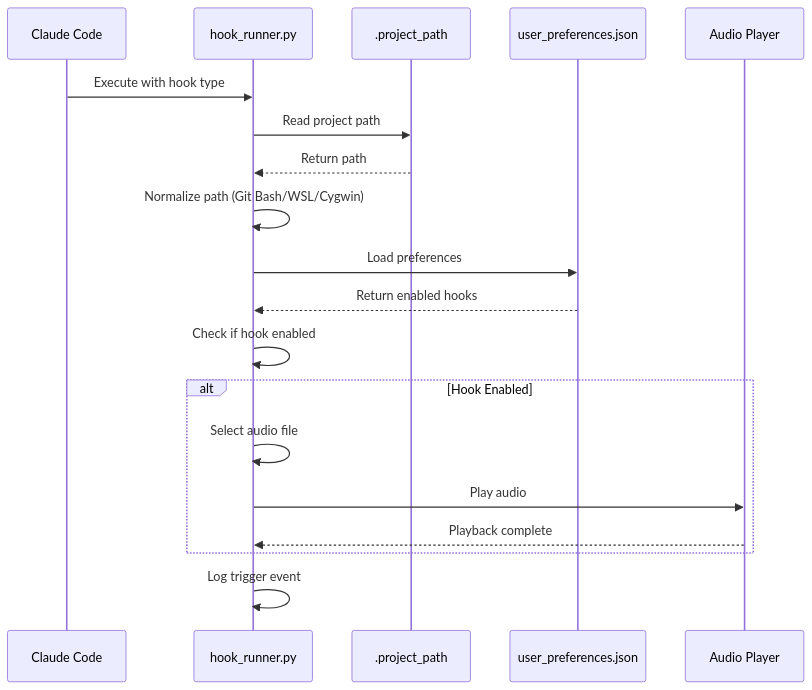
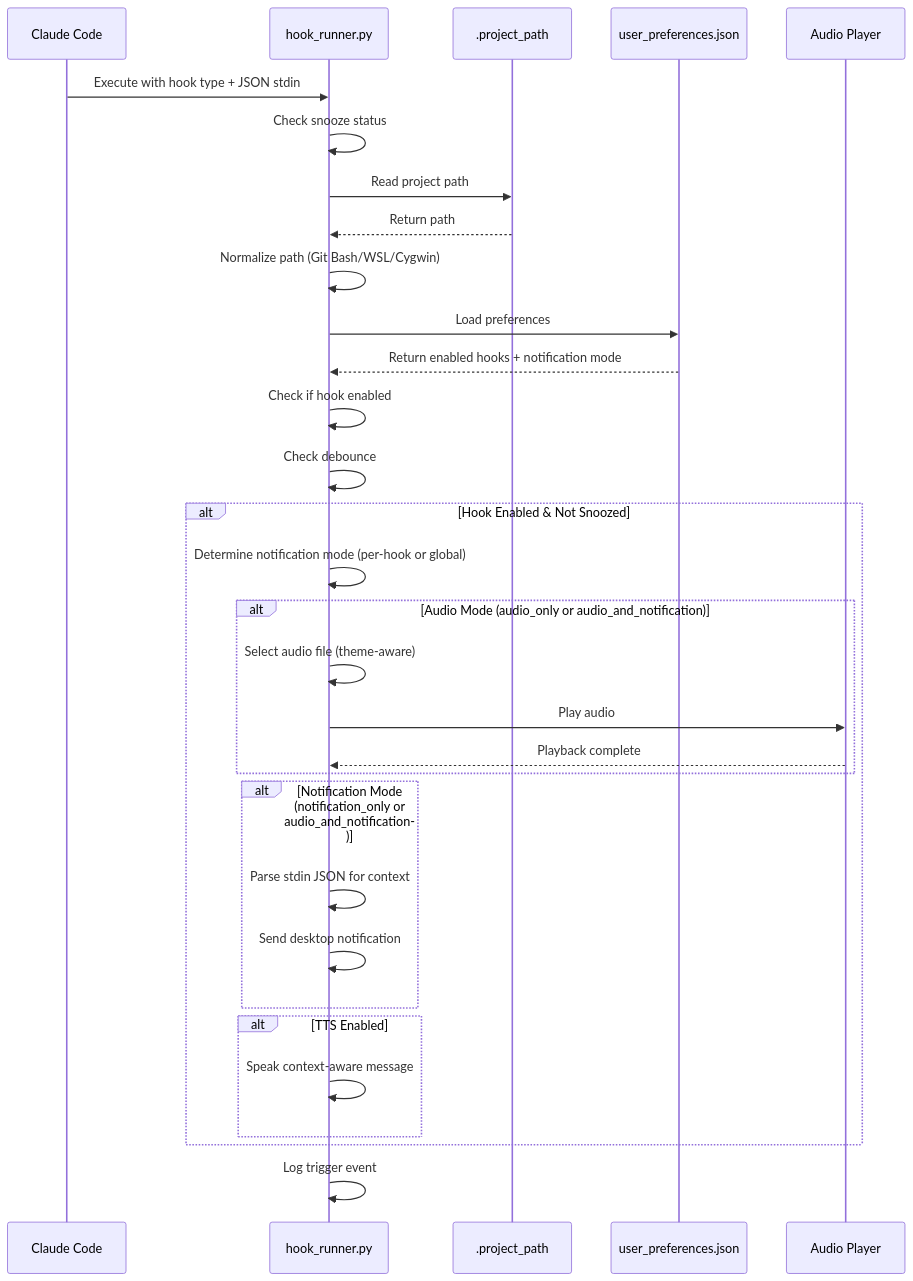
The second of 7 diagrams in docs/ARCHITECTURE.md (tozaki1545atebau/claude-code-audio-hooks), drawn with Mermaid before and after one commit. The commit also changed other lines of this file and 27 other files, not shown here.

````diff
--- a/docs/ARCHITECTURE.md
+++ b/docs/ARCHITECTURE.md
@@ -102,22 +110,34 @@
 ```mermaid
 sequenceDiagram
     participant CC as Claude Code
     participant HR as hook_runner.py
     participant PP as .project_path
     participant UP as user_preferences.json
     participant AP as Audio Player
 
-    CC->>HR: Execute with hook type
+    CC->>HR: Execute with hook type + JSON stdin
+    HR->>HR: Check snooze status
     HR->>PP: Read project path
     PP-->>HR: Return path
     HR->>HR: Normalize path (Git Bash/WSL/Cygwin)
     HR->>UP: Load preferences
-    UP-->>HR: Return enabled hooks
+    UP-->>HR: Return enabled hooks + notification mode
     HR->>HR: Check if hook enabled
-    alt Hook Enabled
-        HR->>HR: Select audio file
-        HR->>AP: Play audio
-        AP-->>HR: Playback complete
+    HR->>HR: Check debounce
+    alt Hook Enabled & Not Snoozed
+        HR->>HR: Determine notification mode (per-hook or global)
+        alt Audio Mode (audio_only or audio_and_notification)
+            HR->>HR: Select audio file (theme-aware)
+            HR->>AP: Play audio
+            AP-->>HR: Playback complete
+        end
+        alt Notification Mode (notification_only or audio_and_notification)
+            HR->>HR: Parse stdin JSON for context
+            HR->>HR: Send desktop notification
+        end
+        alt TTS Enabled
+            HR->>HR: Speak context-aware message
+        end
     end
     HR->>HR: Log trigger event
 ```
````
